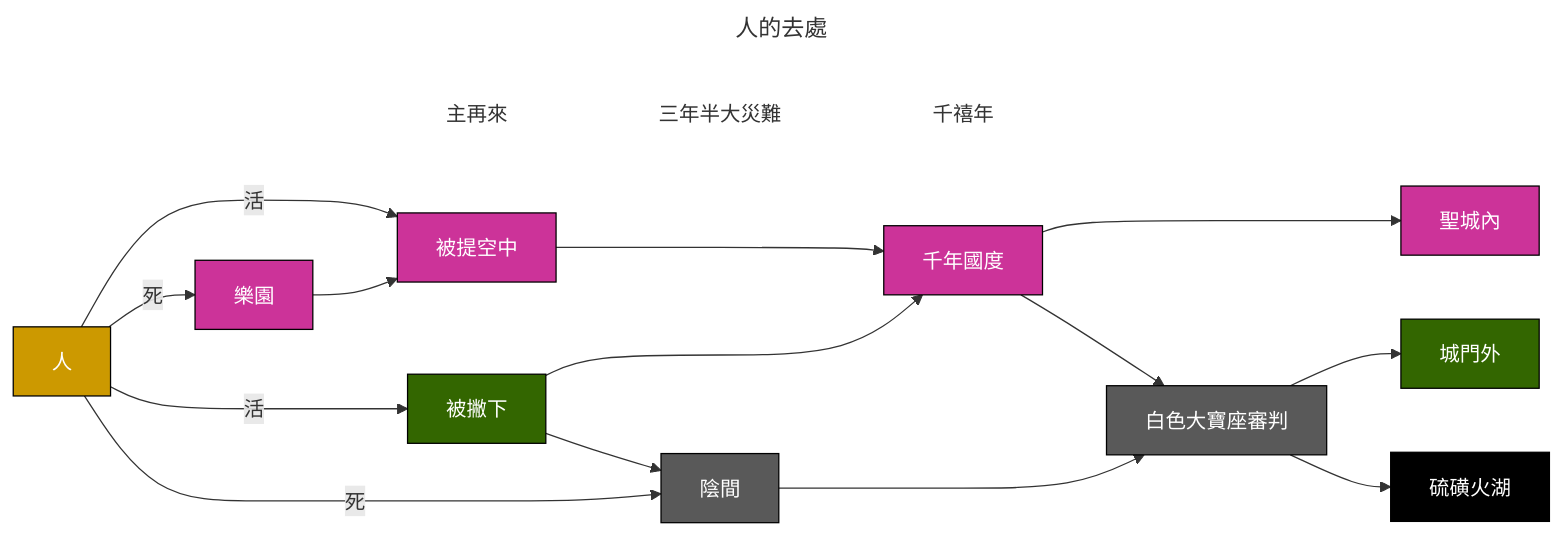
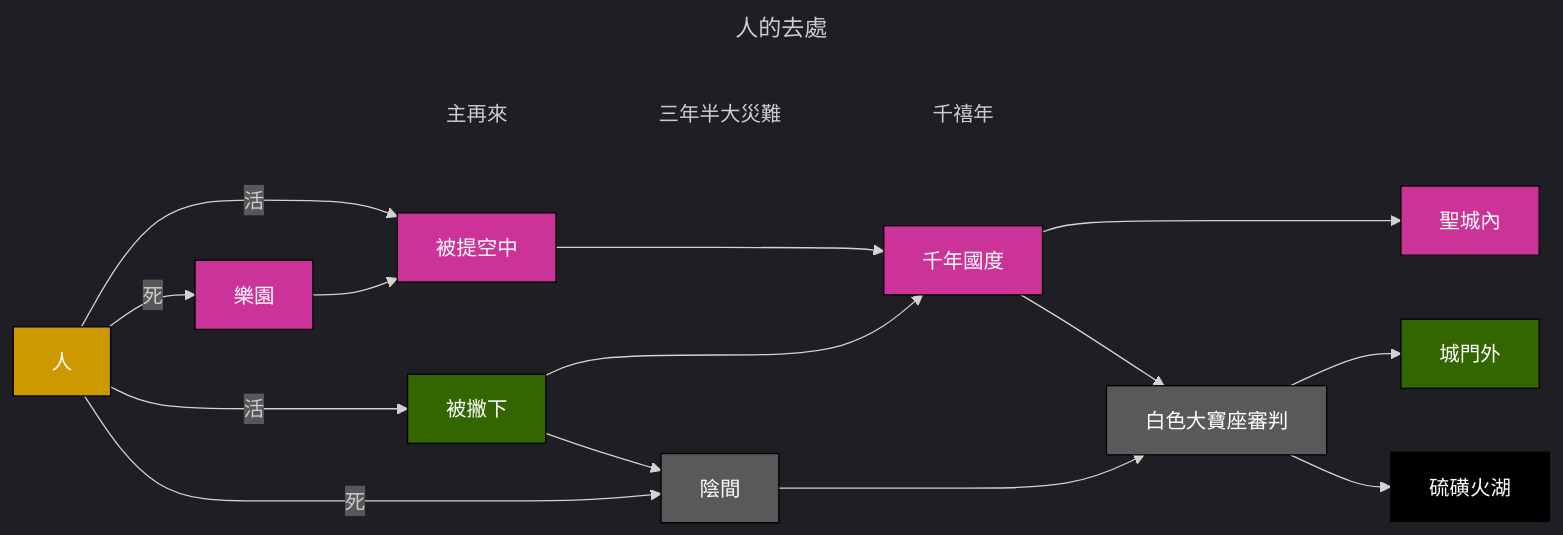
One commit to canaan-land/s-books changed the diagram in docs/江端儀敬錄書籍/進神的國.md. Above: the diagram before and after it, drawn with Mermaid. The commit also changed 2 other files, not shown here.

Commit message:
Dark mode only

````diff
--- a/docs/江端儀敬錄書籍/進神的國.md
+++ b/docs/江端儀敬錄書籍/進神的國.md
@@ -19,24 +19,25 @@
 ``` mermaid
 ---
 title: 人的去處
 ---
+%%{init: {'theme':'dark'}}%%
 graph LR
   X:::invisible ~~~~ 主再來:::noShape ~~~ 三年半大災難:::noShape ~~~ 千禧年:::noShape;
   A[人]:::yellow -->|活| B[被提空中]:::pink ---> C[千年國度]:::pink ---> D[聖城內]:::pink;
   A -->|活| E[被撇下]:::green;
   E ---> C;
   E --> H;
   A -->|死| G[樂園]:::pink --> B;
   A -->|死| H["陰間"]:::gray;
   C --> I[白色大寶座審判]:::gray;
   H --> I;
   I --> F[城門外]:::green;
   I --> J[硫磺火湖]:::black;
   classDef invisible visibility:hidden;
   classDef noShape fill:none,stroke:none;
   classDef yellow fill:#cc9900, color:#fff, stroke:#000;
   classDef pink fill:#cc3399, color:#fff, stroke:#000;
   classDef green fill:#336600, color:#fff, stroke:#000;
   classDef gray fill:#595959, color:#fff, stroke:#000;
   classDef black fill:#000000, color:#fff, stroke:#000;
 ```
````
